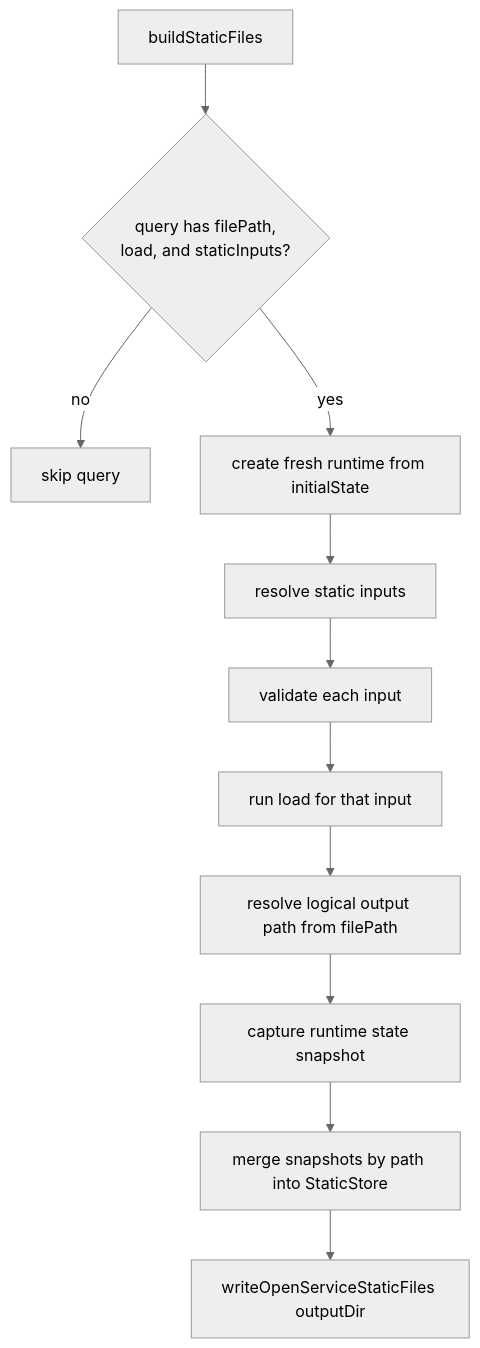
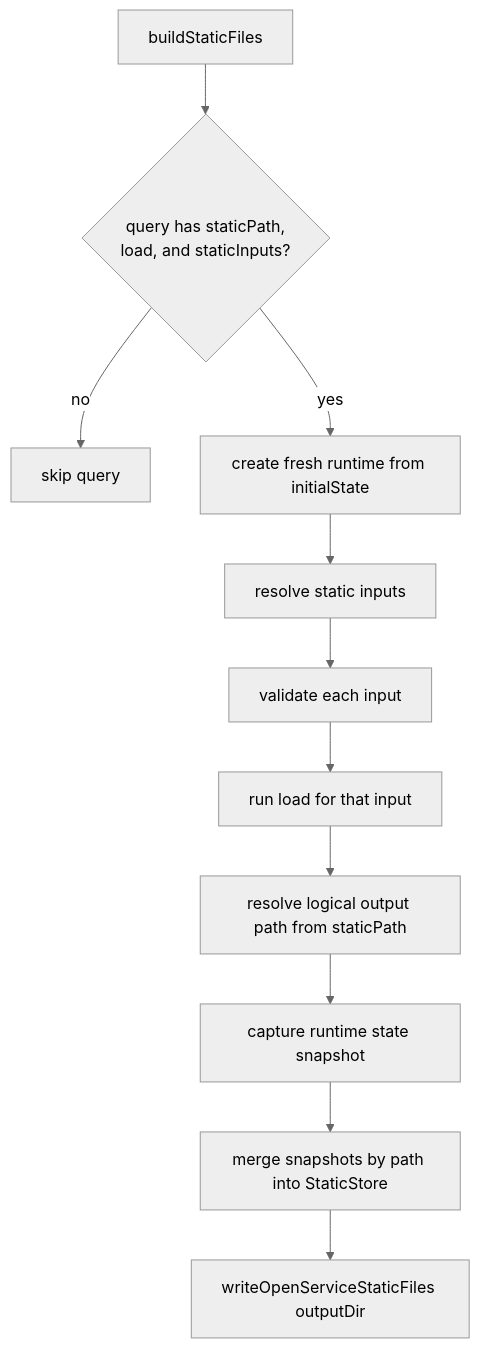
One commit to storybookjs/storybook changed the diagram in code/core/src/shared/open-service/README.md. Above: the diagram before and after it, drawn with Mermaid (neutral theme). The commit also changed other lines of this file and 10 other files, not shown here.

First line of the commit message:
refactor: rename `filePath` to `staticPath` in service definitions and related tests

````diff
--- a/code/core/src/shared/open-service/README.md
+++ b/code/core/src/shared/open-service/README.md
@@ -302,13 +302,13 @@
 ```mermaid
 flowchart TD
-  A[buildStaticFiles] --> B{query has filePath,\nload, and staticInputs?}
+  A[buildStaticFiles] --> B{query has staticPath,\nload, and staticInputs?}
   B -- no --> C[skip query]
   B -- yes --> D[create fresh runtime from initialState]
   D --> E[resolve static inputs]
   E --> F[validate each input]
   F --> G[run load for that input]
-  G --> H[resolve logical output path from filePath]
+  G --> H[resolve logical output path from staticPath]
   H --> I[capture runtime state snapshot]
   I --> J[merge snapshots by path into StaticStore]
   J --> K[writeOpenServiceStaticFiles outputDir]
 ```
````
